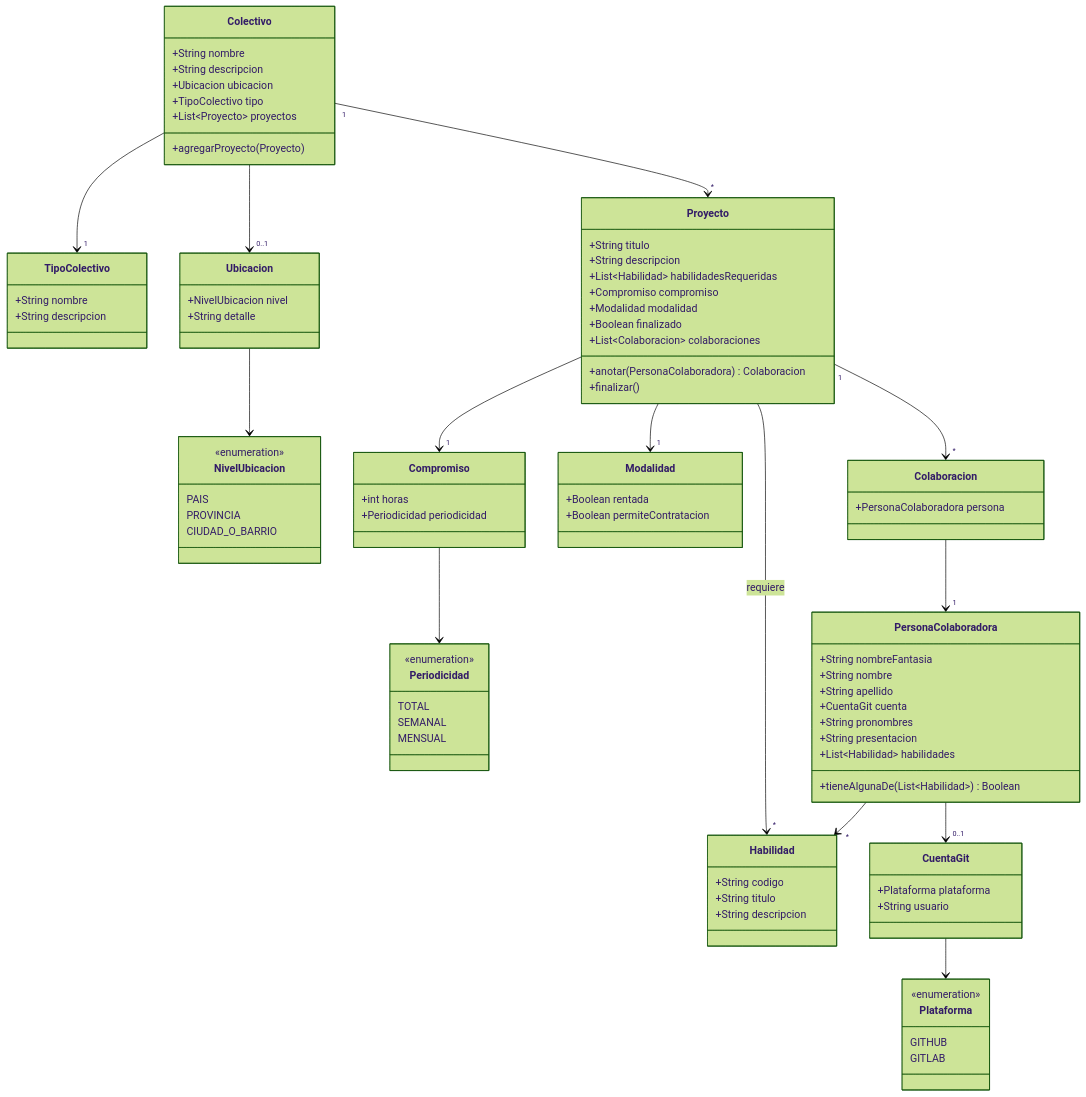
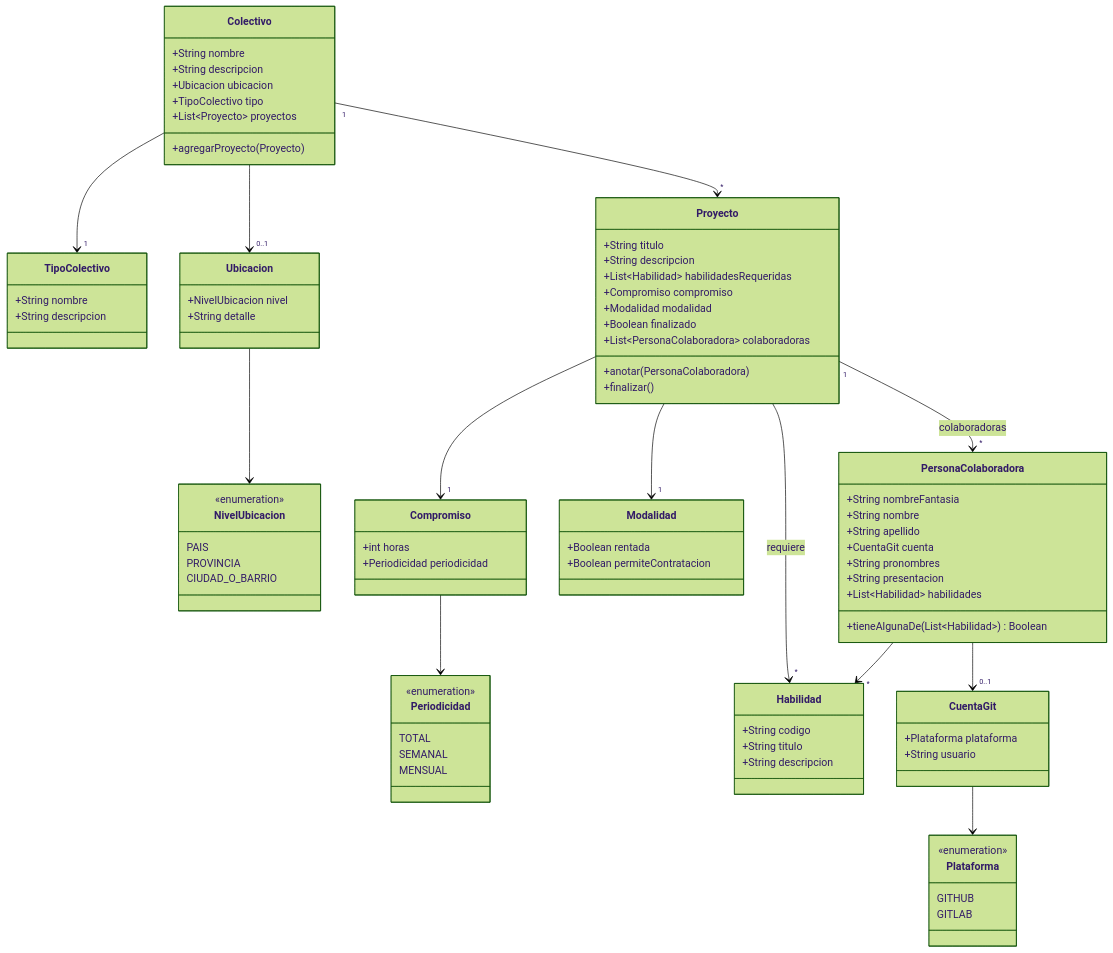
One commit to ddso-utn/kommanda changed the diagram in diagrama-dominio-codigo-a-voluntad.md. Above: the diagram before and after it, drawn with Mermaid (forest theme). The commit also changed other lines of this file, not shown here.

Commit message:
Saco la clase Colaboracion: hoy es un pasamanos

```diff
--- a/diagrama-dominio-codigo-a-voluntad.md
+++ b/diagrama-dominio-codigo-a-voluntad.md
@@ -35,8 +35,8 @@
         +Compromiso compromiso
         +Modalidad modalidad
         +Boolean finalizado
-        +List~Colaboracion~ colaboraciones
-        +anotar(PersonaColaboradora) Colaboracion
+        +List~PersonaColaboradora~ colaboradoras
+        +anotar(PersonaColaboradora)
         +finalizar()
     }
 
@@ -85,10 +85,6 @@
         GITLAB
     }
 
-    class Colaboracion {
-        +PersonaColaboradora persona
-    }
-
     Colectivo "1" --> "*" Proyecto
     Colectivo --> "1" TipoColectivo
     Colectivo --> "0..1" Ubicacion
@@ -96,9 +92,8 @@
     Proyecto --> "1" Compromiso
     Proyecto --> "1" Modalidad
     Proyecto --> "*" Habilidad : requiere
-    Proyecto "1" --> "*" Colaboracion
+    Proyecto "1" --> "*" PersonaColaboradora : colaboradoras
     Compromiso --> Periodicidad
-    Colaboracion --> "1" PersonaColaboradora
     PersonaColaboradora --> "*" Habilidad
     PersonaColaboradora --> "0..1" CuentaGit
     CuentaGit --> Plataforma
```
